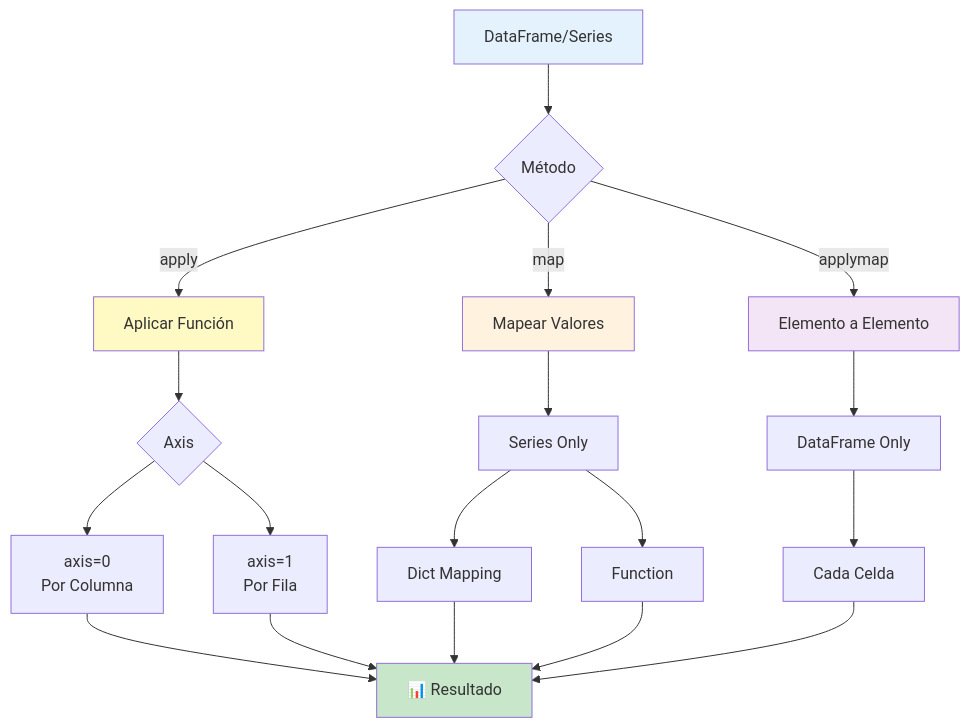
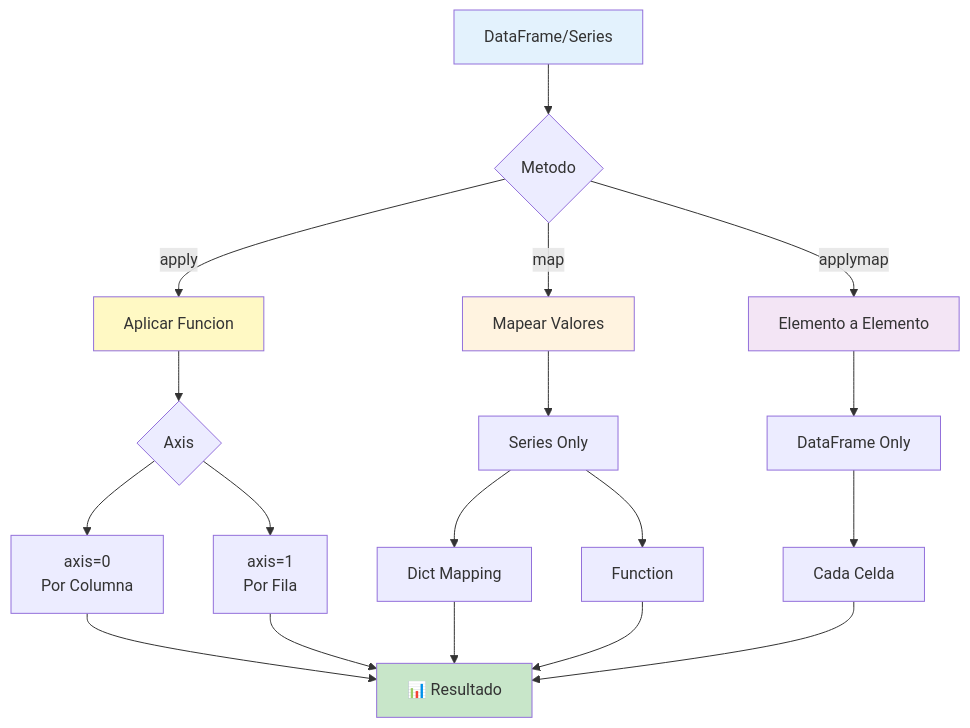
Diagram 15 of 23 in modules/module-04-python-for-data/assets/diagrams/pandas-operations.md (nanlabs/nan-data-engineering-labs), drawn with Mermaid before and after one commit. The commit also changed other lines of this file and 23 other files, not shown here.

````diff
--- a/modules/module-04-python-for-data/assets/diagrams/pandas-operations.md
+++ b/modules/module-04-python-for-data/assets/diagrams/pandas-operations.md
@@ -368,30 +368,30 @@
 ```mermaid
 flowchart TD
-    A[DataFrame/Series] --> B{Método}
+    A[DataFrame/Series] --> B{Metodo}
     
-    B -->|apply| C[Aplicar Función]
+    B -->|apply| C[Aplicar Funcion]
     C --> C1{Axis}
     C1 --> C2[axis=0<br/>Por Columna]
     C1 --> C3[axis=1<br/>Por Fila]
     
     B -->|map| D[Mapear Valores]
     D --> D1[Series Only]
     D1 --> D2[Dict Mapping]
     D1 --> D3[Function]
     
     B -->|applymap| E[Elemento a Elemento]
     E --> E1[DataFrame Only]
     E1 --> E2[Cada Celda]
     
     C2 --> F[📊 Resultado]
     C3 --> F
     D2 --> F
     D3 --> F
     E2 --> F
     
     style A fill:#e3f2fd
     style C fill:#fff9c4
     style D fill:#fff3e0
     style E fill:#f3e5f5
     style F fill:#c8e6c9
 ```
````
